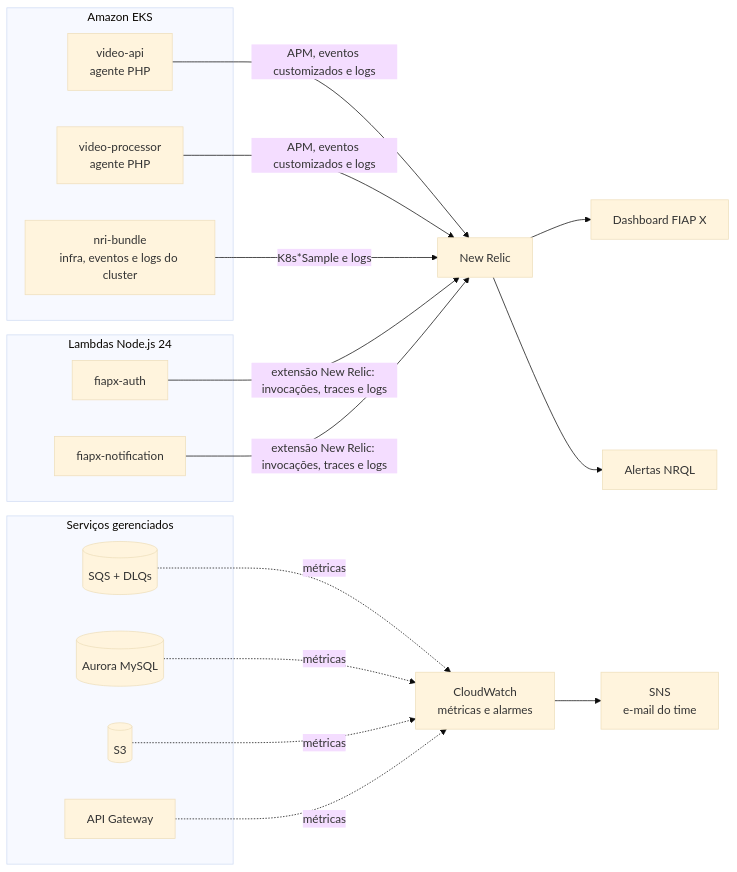
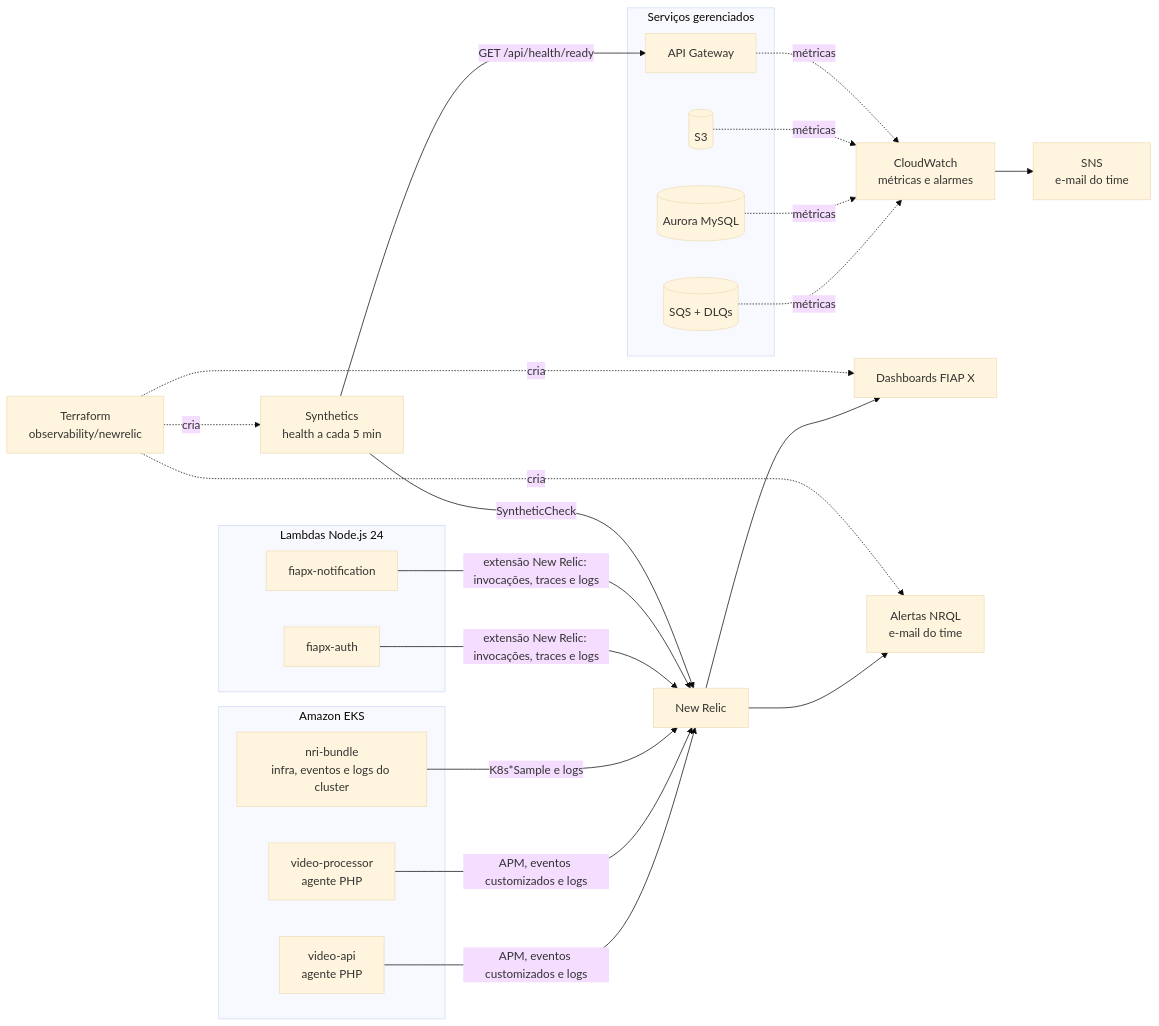
The diagram in 07-observabilidade/observabilidade.md (hackathon-fiap-soat/fiapx-docs), drawn with Mermaid (base theme) before and after one commit. The commit also changed other lines of this file and 11 other files, not shown here.

First line of the commit message:
docs(observabilidade): ADR-021, dashboards, alertas e Synthetics do New Relic como código (#28)

````diff
--- a/07-observabilidade/observabilidade.md
+++ b/07-observabilidade/observabilidade.md
@@ -14,25 +15,28 @@
 ```mermaid
 flowchart LR
   subgraph EKS[Amazon EKS]
     API[video-api<br/>agente PHP]
     PROC[video-processor<br/>agente PHP]
     NRI[nri-bundle<br/>infra, eventos e logs do cluster]
   end
   subgraph LAMBDA[Lambdas Node.js 24]
     AUTH[fiapx-auth]
     NOTIF[fiapx-notification]
   end
   subgraph AWS[Serviços gerenciados]
     SQS[(SQS + DLQs)]
     AUR[(Aurora MySQL)]
     S3[(S3)]
     GW[API Gateway]
   end
   SQS & AUR & S3 & GW -. métricas .-> CW[CloudWatch<br/>métricas e alarmes]
   CW --> SNS[SNS<br/>e-mail do time]
   API & PROC -- APM, eventos customizados e logs --> NR[New Relic]
   NRI -- K8s*Sample e logs --> NR
   AUTH & NOTIF -- extensão New Relic: invocações, traces e logs --> NR
-  NR --> DASH[Dashboard FIAP X]
-  NR --> ALERT[Alertas NRQL]
+  SYN[Synthetics<br/>health a cada 5 min] -- GET /api/health/ready --> GW
+  SYN -- SyntheticCheck --> NR
+  NR --> DASH[Dashboards FIAP X]
+  NR --> ALERT[Alertas NRQL<br/>e-mail do time]
+  TF[Terraform<br/>observability/newrelic] -. cria .-> DASH & ALERT & SYN
 ```
````
